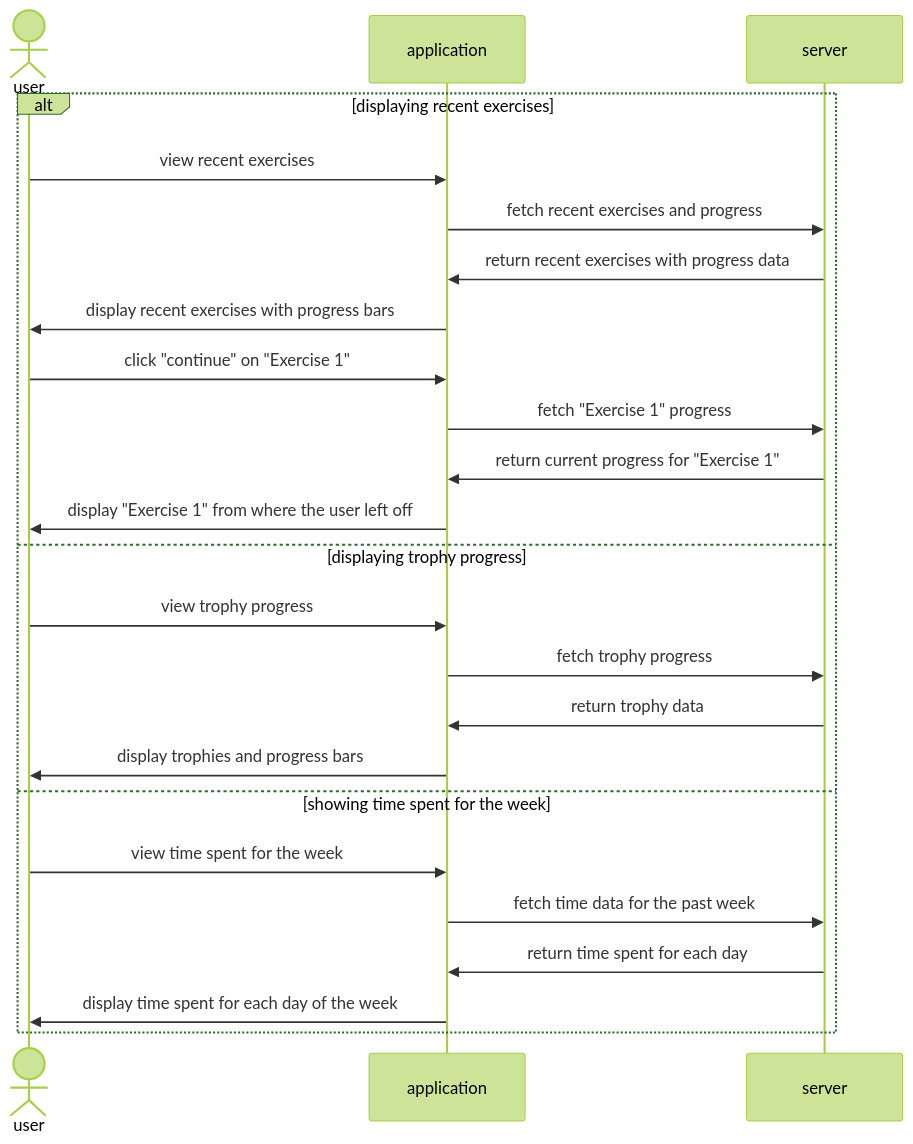
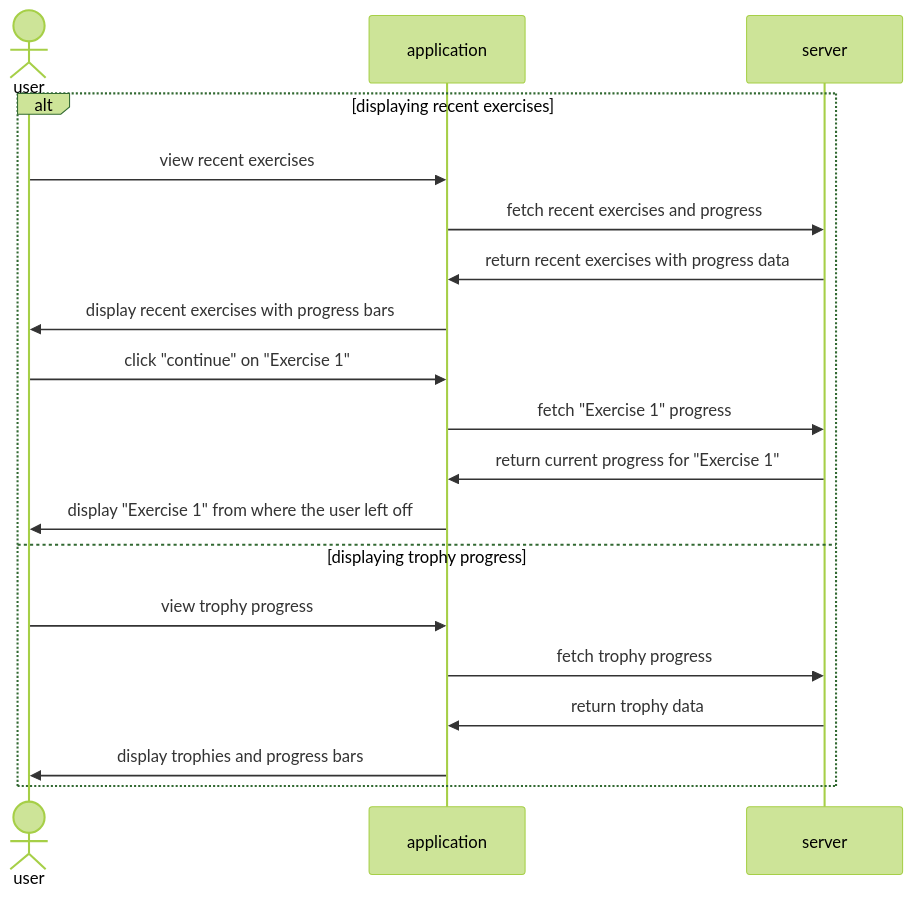
The diagram in team/m3/tiffany-lin/feature-sequence-diagram.md (chrispho/language-study-app), drawn with Mermaid (forest theme) before and after one commit. The commit also changed other lines of this file and 2 other files, not shown here.

Commit message:
added ui diagram and functioning buttons

````diff
--- a/team/m3/tiffany-lin/feature-sequence-diagram.md
+++ b/team/m3/tiffany-lin/feature-sequence-diagram.md
@@ -23,26 +20,21 @@
 ```mermaid
 sequenceDiagram
 actor user  
 participant application
 participant server
   alt displaying recent exercises
     user ->> application: view recent exercises
     application ->> server: fetch recent exercises and progress
     server ->> application: return recent exercises with progress data
     application ->> user: display recent exercises with progress bars
     user ->> application: click "continue" on "Exercise 1"
     application ->> server: fetch "Exercise 1" progress
     server ->> application: return current progress for "Exercise 1"
     application ->> user: display "Exercise 1" from where the user left off
  else displaying trophy progress
     user ->> application: view trophy progress
     application ->> server: fetch trophy progress
     server ->> application: return trophy data
     application ->> user: display trophies and progress bars
-else showing time spent for the week
-    user ->> application: view time spent for the week
-    application ->> server: fetch time data for the past week
-    server ->> application: return time spent for each day
-    application ->> user: display time spent for each day of the week
   end
 ```
````
